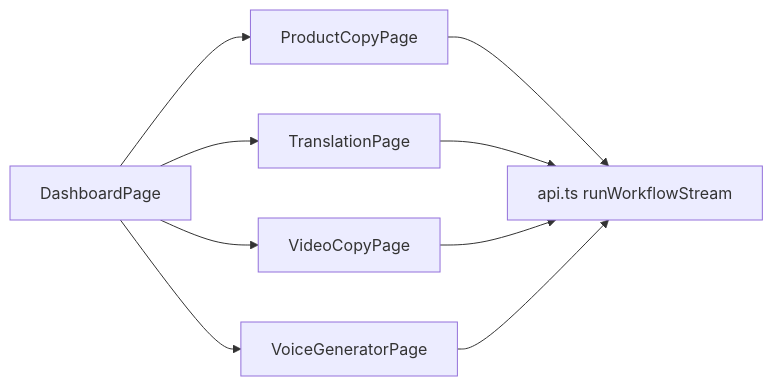
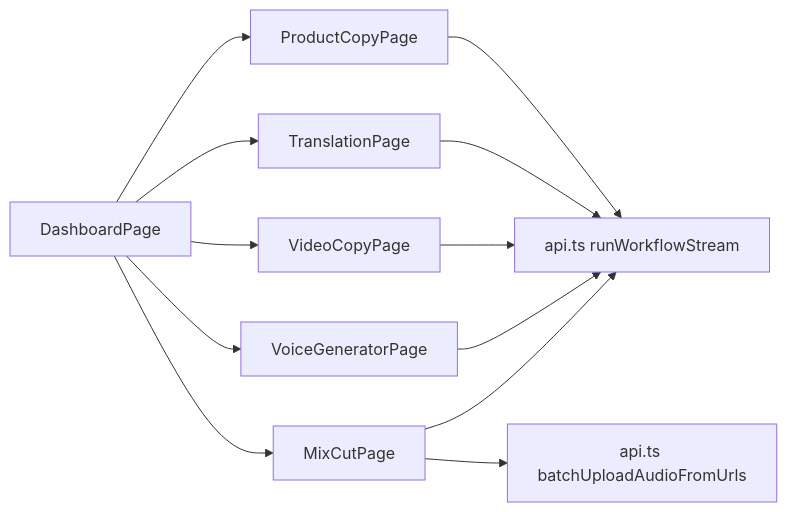
One commit to hanksd769-droid/sailshub changed the ninth of 11 diagrams in .qoder/repowiki/zh/content/多模态工作流模块/多模态工作流模块.md. Above: the diagram before and after it, drawn with Mermaid. The commit also changed other lines of this file and 5 other files, not shown here.

````diff
--- a/.qoder/repowiki/zh/content/多模态工作流模块/多模态工作流模块.md
+++ b/.qoder/repowiki/zh/content/多模态工作流模块/多模态工作流模块.md
@@ -274,11 +387,14 @@
 ```mermaid
 graph LR
 Dash["DashboardPage"] --> Copy["ProductCopyPage"]
 Dash --> Trans["TranslationPage"]
 Dash --> Video["VideoCopyPage"]
 Dash --> Voice["VoiceGeneratorPage"]
+Dash --> Mix["MixCutPage"]
 Copy --> API["api.ts runWorkflowStream"]
 Trans --> API
 Video --> API
 Voice --> API
+Mix --> API
+Mix --> AudioAPI["api.ts batchUploadAudioFromUrls"]
 ```
````
